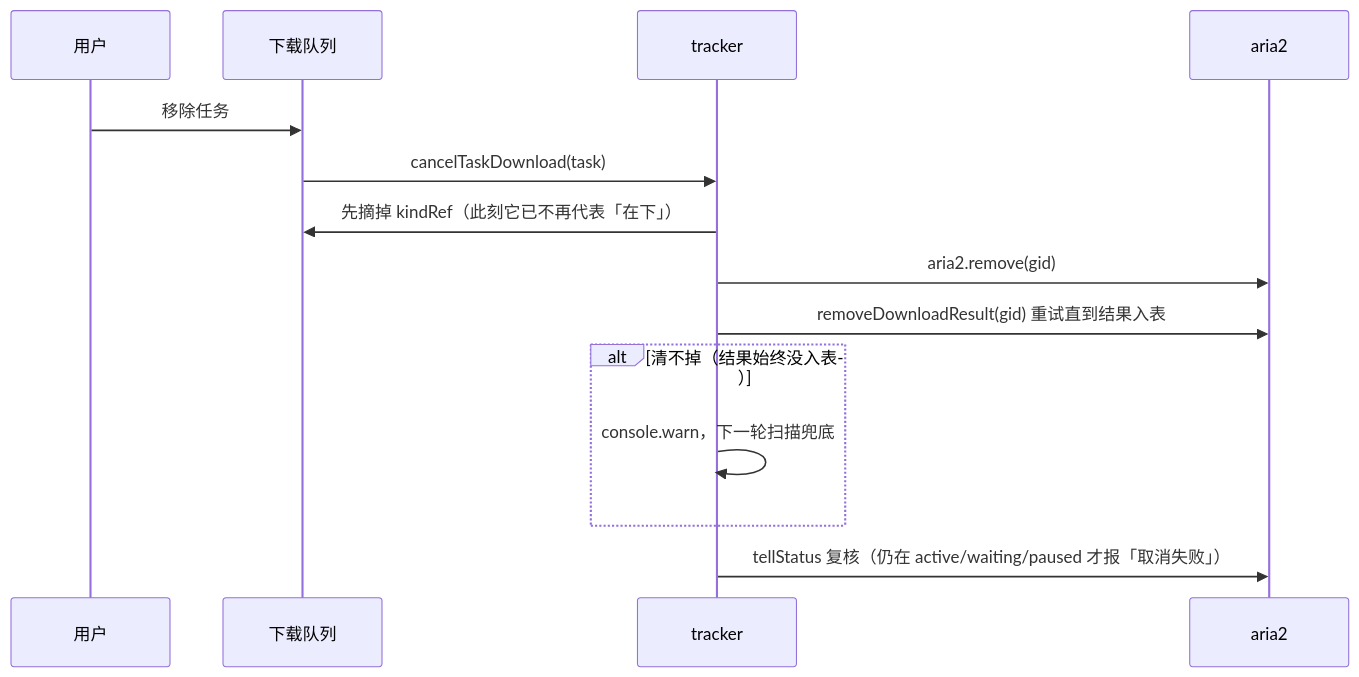
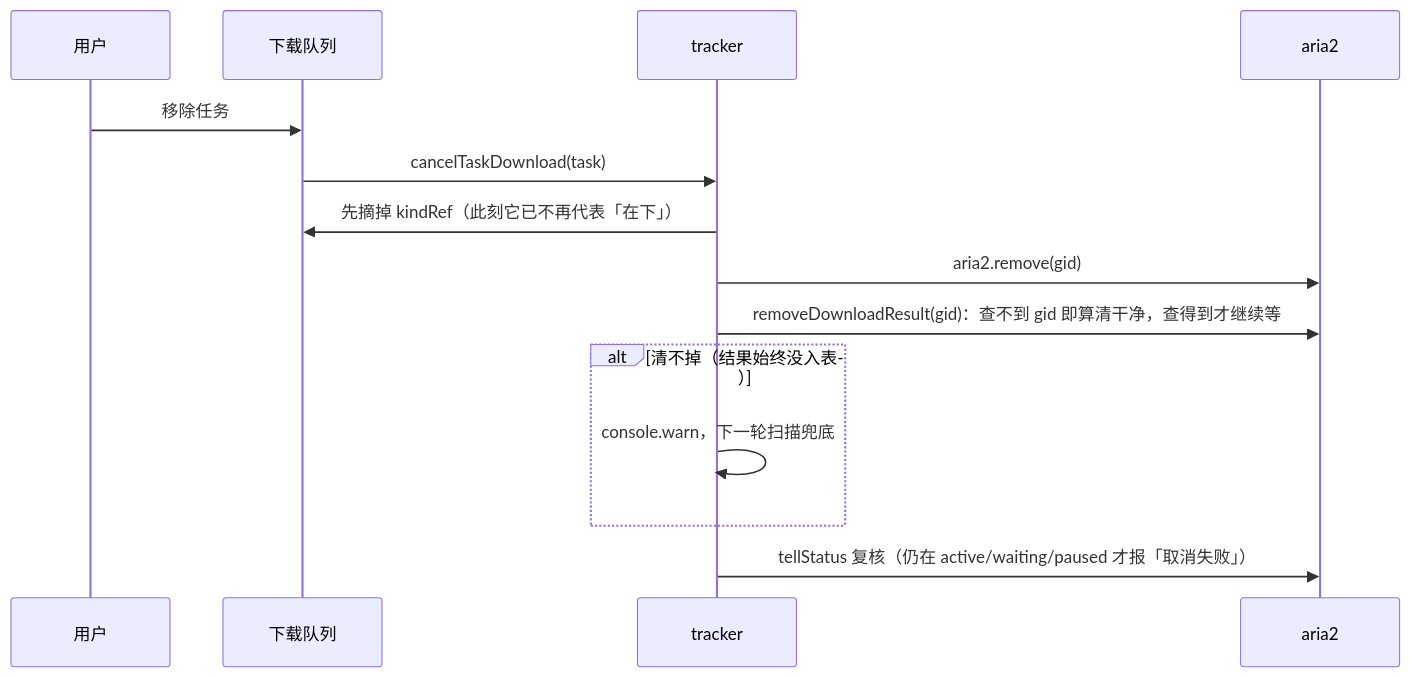
The fifth of 5 diagrams in docs/08-aria2-flow.md (dawn-lc/IwaraAssistant), drawn with Mermaid before and after one commit. The commit also changed other lines of this file, not shown here.

Commit message:
docs: 流程图按真机实测修正清理与取消语义

````diff
--- a/docs/08-aria2-flow.md
+++ b/docs/08-aria2-flow.md
@@ -128,16 +128,16 @@
 ```mermaid
 sequenceDiagram
     participant U as 用户
     participant Q as 下载队列
     participant T as tracker
     participant A as aria2
     U->>Q: 移除任务
     Q->>T: cancelTaskDownload(task)
     T->>Q: 先摘掉 kindRef（此刻它已不再代表「在下」）
     T->>A: aria2.remove(gid)
-    T->>A: removeDownloadResult(gid) 重试直到结果入表
+    T->>A: removeDownloadResult(gid)：查不到 gid 即算清干净，查得到才继续等
     alt 清不掉（结果始终没入表）
         T->>T: console.warn，下一轮扫描兜底
     end
     T->>A: tellStatus 复核（仍在 active/waiting/paused 才报「取消失败」）
 ```
````
